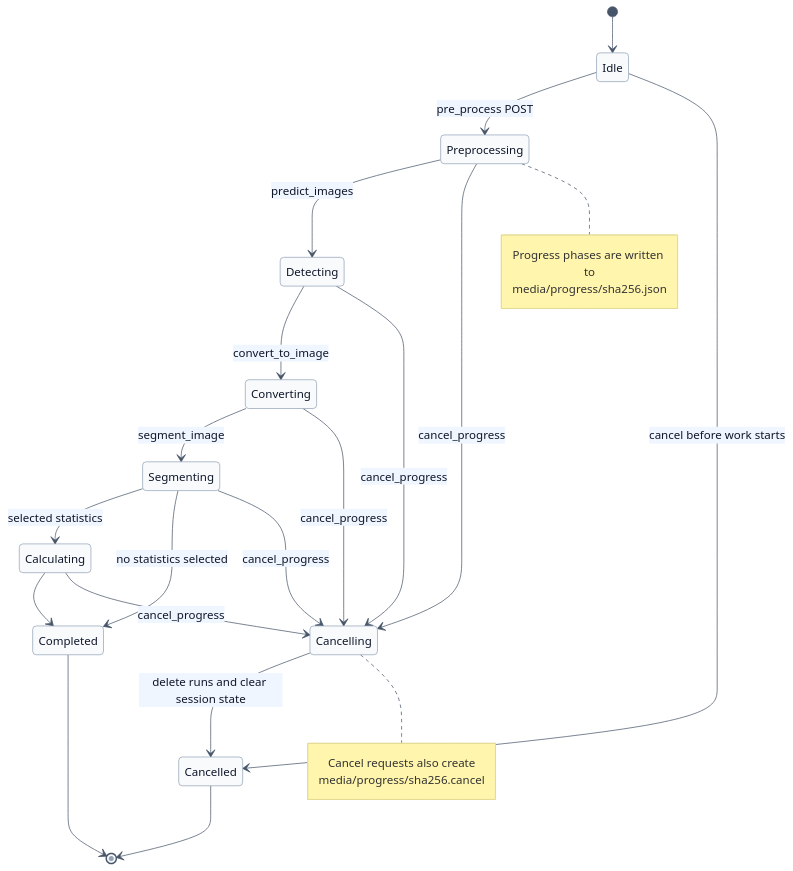
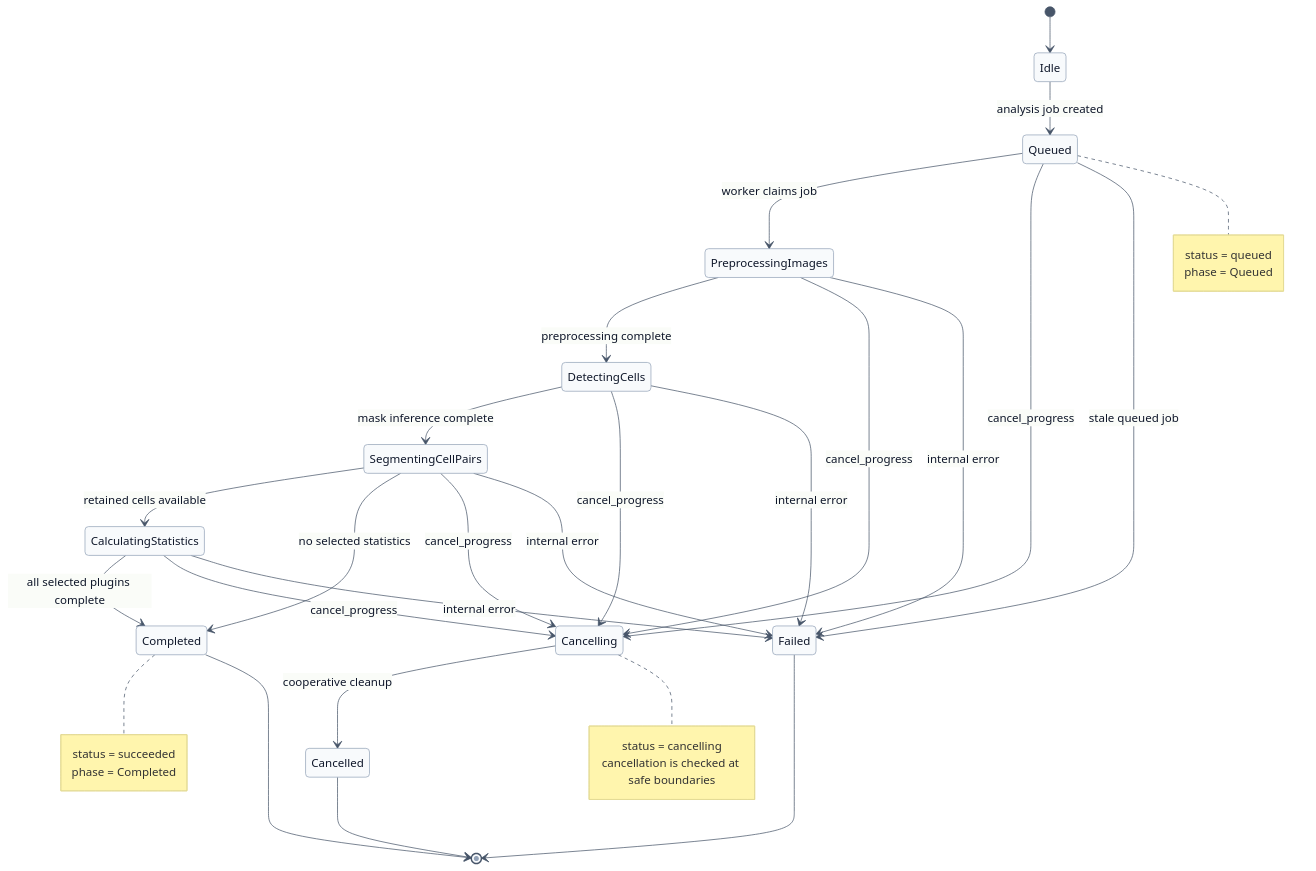
One commit to BrentLagesse/CytoCV changed the diagram in docs/diagrams/12-progress-cancellation-state.mmd. Above: the diagram before and after it, drawn with Mermaid. The commit also changed 44 other files, not shown here.

```diff
--- a/docs/diagrams/12-progress-cancellation-state.mmd
+++ b/docs/diagrams/12-progress-cancellation-state.mmd
@@ -1,31 +1,42 @@
-%%{init: {"theme":"base","themeVariables":{"background":"#ffffff","primaryColor":"#f8fafc","primaryBorderColor":"#94a3b8","primaryTextColor":"#0f172a","secondaryColor":"#eff6ff","tertiaryColor":"#eef2ff","lineColor":"#475569","fontFamily":"Helvetica","fontSize":"16px"}}}%%
+%%{init: {"theme":"base","themeVariables":{"background":"#ffffff","primaryColor":"#f8fafc","primaryBorderColor":"#94a3b8","primaryTextColor":"#0f172a","lineColor":"#475569","fontFamily":"Arial","fontSize":"16px"}}}%%
 stateDiagram-v2
     [*] --> Idle
-    Idle --> Preprocessing : pre_process POST
-    Preprocessing --> Detecting : predict_images
-    Detecting --> Converting : convert_to_image
-    Converting --> Segmenting : segment_image
-    Segmenting --> Calculating : selected statistics
-    Segmenting --> Completed : no statistics selected
-    Calculating --> Completed
+    Idle --> Queued : analysis job created
+    Queued --> PreprocessingImages : worker claims job
+    PreprocessingImages --> DetectingCells : preprocessing complete
+    DetectingCells --> SegmentingCellPairs : mask inference complete
+    SegmentingCellPairs --> CalculatingStatistics : retained cells available
+    SegmentingCellPairs --> Completed : no selected statistics
+    CalculatingStatistics --> Completed : all selected plugins complete
 
-    Preprocessing --> Cancelling : cancel_progress
-    Detecting --> Cancelling : cancel_progress
-    Converting --> Cancelling : cancel_progress
-    Segmenting --> Cancelling : cancel_progress
-    Calculating --> Cancelling : cancel_progress
-    Idle --> Cancelled : cancel before work starts
-    Cancelling --> Cancelled : delete runs and clear session state
+    Queued --> Cancelling : cancel_progress
+    PreprocessingImages --> Cancelling : cancel_progress
+    DetectingCells --> Cancelling : cancel_progress
+    SegmentingCellPairs --> Cancelling : cancel_progress
+    CalculatingStatistics --> Cancelling : cancel_progress
+    Cancelling --> Cancelled : cooperative cleanup
 
-    note right of Preprocessing
-      Progress phases are written to
-      media/progress/sha256.json
+    Queued --> Failed : stale queued job
+    PreprocessingImages --> Failed : internal error
+    DetectingCells --> Failed : internal error
+    SegmentingCellPairs --> Failed : internal error
+    CalculatingStatistics --> Failed : internal error
+
+    note right of Queued
+      status = queued
+      phase = Queued
+    end note
+
+    note right of Completed
+      status = succeeded
+      phase = Completed
     end note
 
     note right of Cancelling
-      Cancel requests also create
-      media/progress/sha256.cancel
+      status = cancelling
+      cancellation is checked at safe boundaries
     end note
 
     Completed --> [*]
     Cancelled --> [*]
+    Failed --> [*]
```
